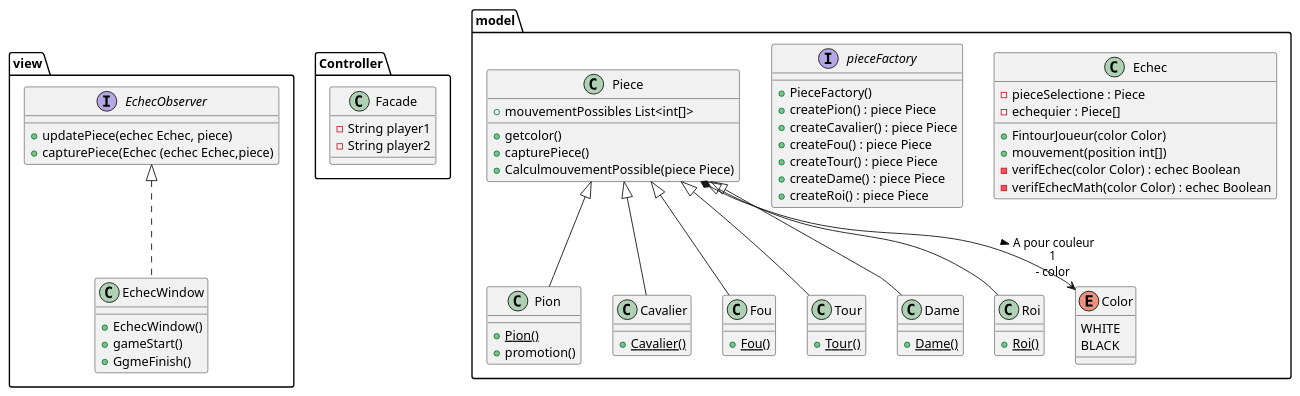
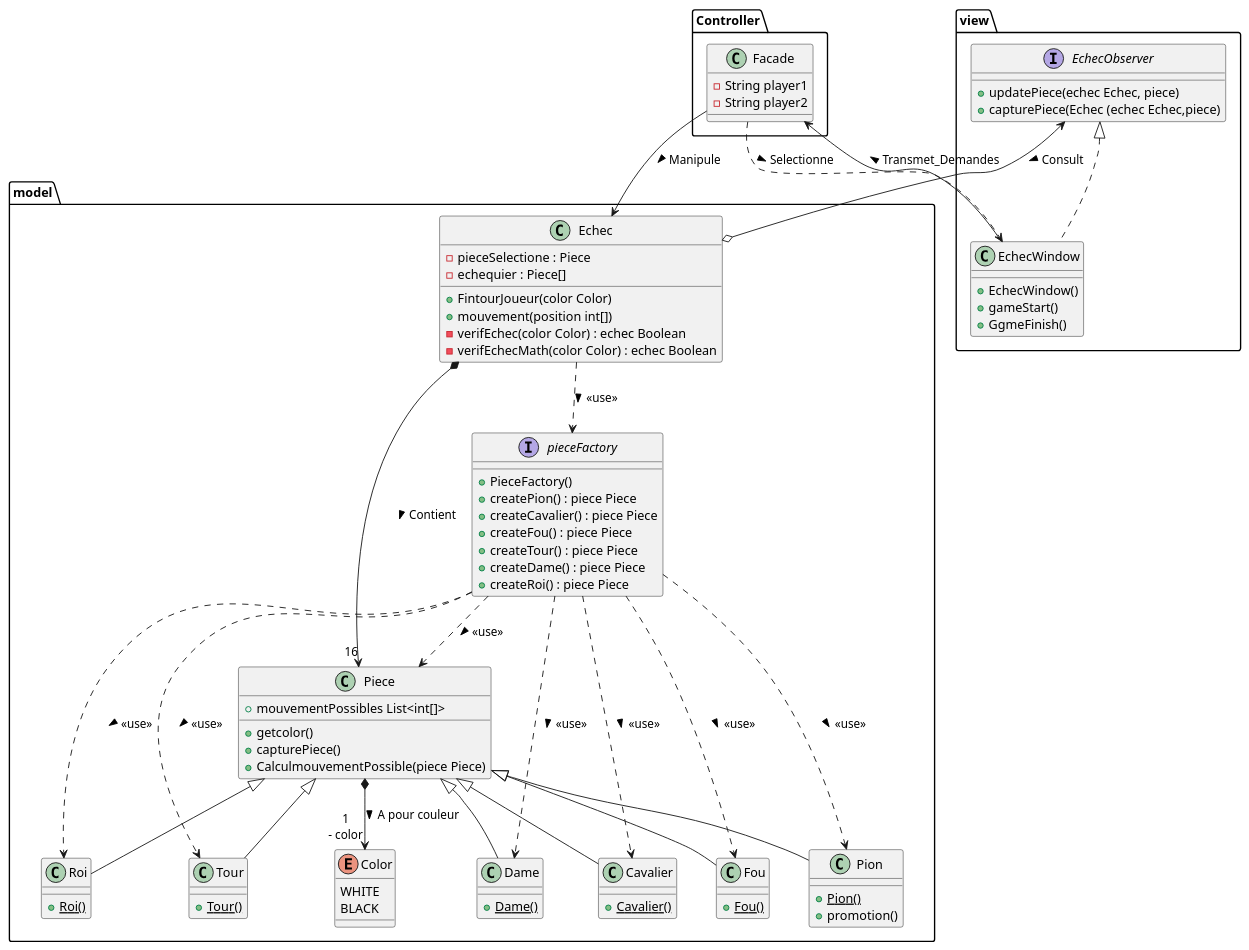
Before and after one commit to Dubimasa/Echec: the diagram in Echec/diagsUML/Diagramme_Class_Echec.puml, drawn with PlantUML.

Commit message:
PUML ajout des liens entre classes

```diff
--- a/Echec/diagsUML/Diagramme_Class_Echec.puml
+++ b/Echec/diagsUML/Diagramme_Class_Echec.puml
@@ -1,89 +1,106 @@
 @startuml
 'https://plantuml.com/class-diagram
 
 
 Package view{
     interface EchecObserver
     {
         +updatePiece(echec Echec, piece)
         +capturePiece(Echec (echec Echec,piece)
     }
     class EchecWindow implements EchecObserver
     {
      +EchecWindow()
      +gameStart()
      +GgmeFinish()
     }
 
 }
 Package Controller
 {
     class Facade
     {
         -String player1
         -String player2
     }
 }
 Package model
 {
     class Echec {
 
     -pieceSelectione : Piece
     -echequier : Piece[]
     +FintourJoueur(color Color)
     +mouvement(position int[])
     -verifEchec(color Color) : echec Boolean
     -verifEchecMath(color Color) : echec Boolean
     }
     Interface pieceFactory
     {
         +PieceFactory()
         +createPion() : piece Piece
         +createCavalier() : piece Piece
         +createFou() : piece Piece
         +createTour() : piece Piece
         +createDame() : piece Piece
         +createRoi() : piece Piece
     }
     class Piece
     {
         +mouvementPossibles List<int[]>
         +getcolor()
         +capturePiece()
         +CalculmouvementPossible(piece Piece)
     }
     class Pion extends Piece
     {
         +{static}Pion()
         +promotion()
     }
     class Cavalier extends Piece
     {
     +{static}Cavalier()
     }
     class Fou extends Piece
     {
     +{static}Fou()
     }
     class Tour extends Piece
     {
     +{static}Tour()
     }
     class Dame extends Piece
     {
     +{static}Dame()
     }
     class Roi extends Piece
     {
     +{static}Roi()
     }
     Enum Color
     {
         WHITE
         BLACK
     }
 }
 
 Piece *--> "1\n- color" Color : > A pour couleur
+Echec *--> "16" Piece : > Contient
+
+Echec ..> pieceFactory : > <<use>>
+
+pieceFactory ..> Piece : > <<use>>
+pieceFactory ..> Roi : > <<use>>
+pieceFactory ..> Pion : > <<use>>
+pieceFactory ..> Cavalier : > <<use>>
+pieceFactory ..> Fou : > <<use>>
+pieceFactory ..> Dame : > <<use>>
+pieceFactory ..> Tour : > <<use>>
+
+
+EchecObserver <--o Echec : > Consult
+Facade --> Echec : > Manipule
+Facade ..> EchecWindow : > Selectionne
+EchecWindow --> Facade : > Transmet_Demandes
 
 @enduml
```
